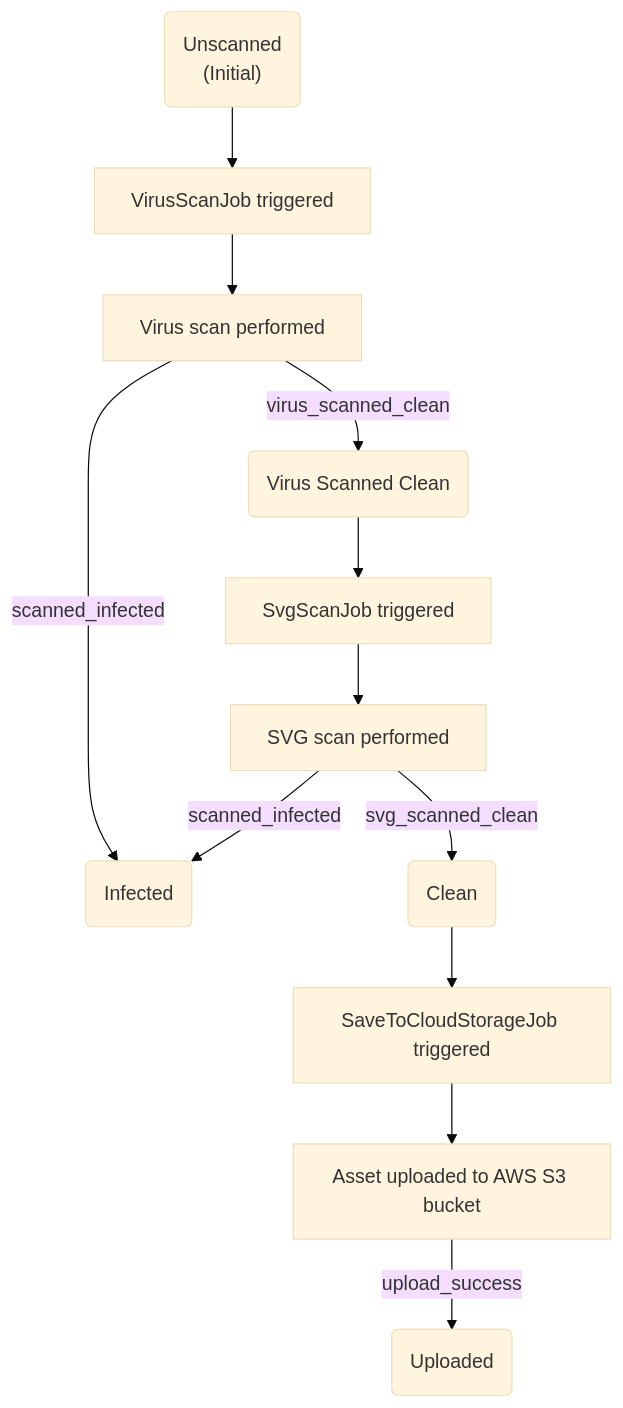
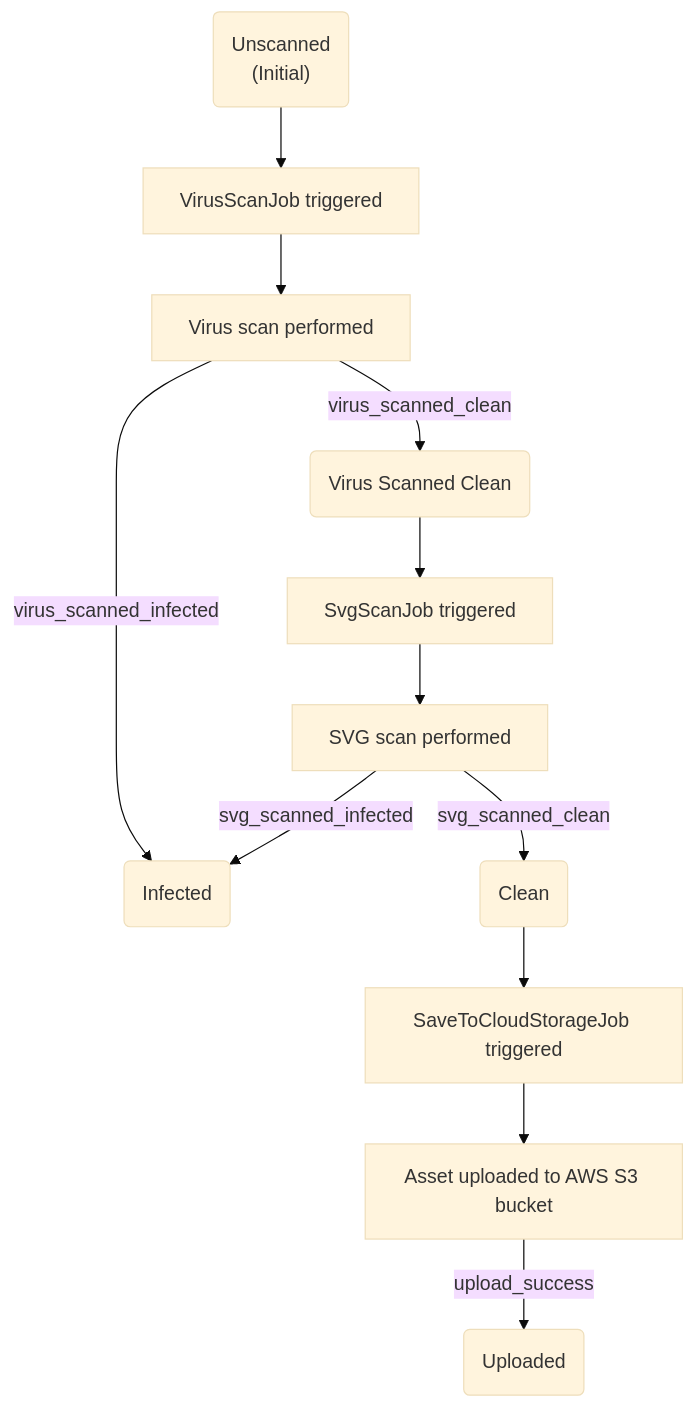
Before and after one commit to alphagov/asset-manager: the diagram in docs/asset_state_machine_overview.md, drawn with Mermaid (base theme). The commit also changed 5 other files, not shown here.

First line of the commit message:
Split scanned_infected event in two

````diff
--- a/docs/asset_state_machine_overview.md
+++ b/docs/asset_state_machine_overview.md
@@ -21,18 +21,18 @@
 ```mermaid
 flowchart TD
     Unscanned("Unscanned\n(Initial)") --> TriggerVirusScan["VirusScanJob triggered"]
     TriggerVirusScan --> VirusScanPerformed["Virus scan performed"]
 
     VirusScanPerformed -->|virus_scanned_clean| VirusScannedClean("Virus Scanned Clean")
-    VirusScanPerformed -->|scanned_infected| Infected("Infected")
+    VirusScanPerformed -->|virus_scanned_infected| Infected("Infected")
 
     VirusScannedClean --> TriggerSvgScan["SvgScanJob triggered"]
     TriggerSvgScan --> SvgScanPerformed["SVG scan performed"]
 
     SvgScanPerformed -->|svg_scanned_clean| Clean("Clean")
-    SvgScanPerformed -->|scanned_infected| Infected("Infected")
+    SvgScanPerformed -->|svg_scanned_infected| Infected("Infected")
 
     Clean --> TriggerSaveToCloudStorageJob["SaveToCloudStorageJob triggered"]
     TriggerSaveToCloudStorageJob --> Upload["Asset uploaded to AWS S3 bucket"]
     Upload -->|upload_success| Uploaded("Uploaded")
 ```
````
